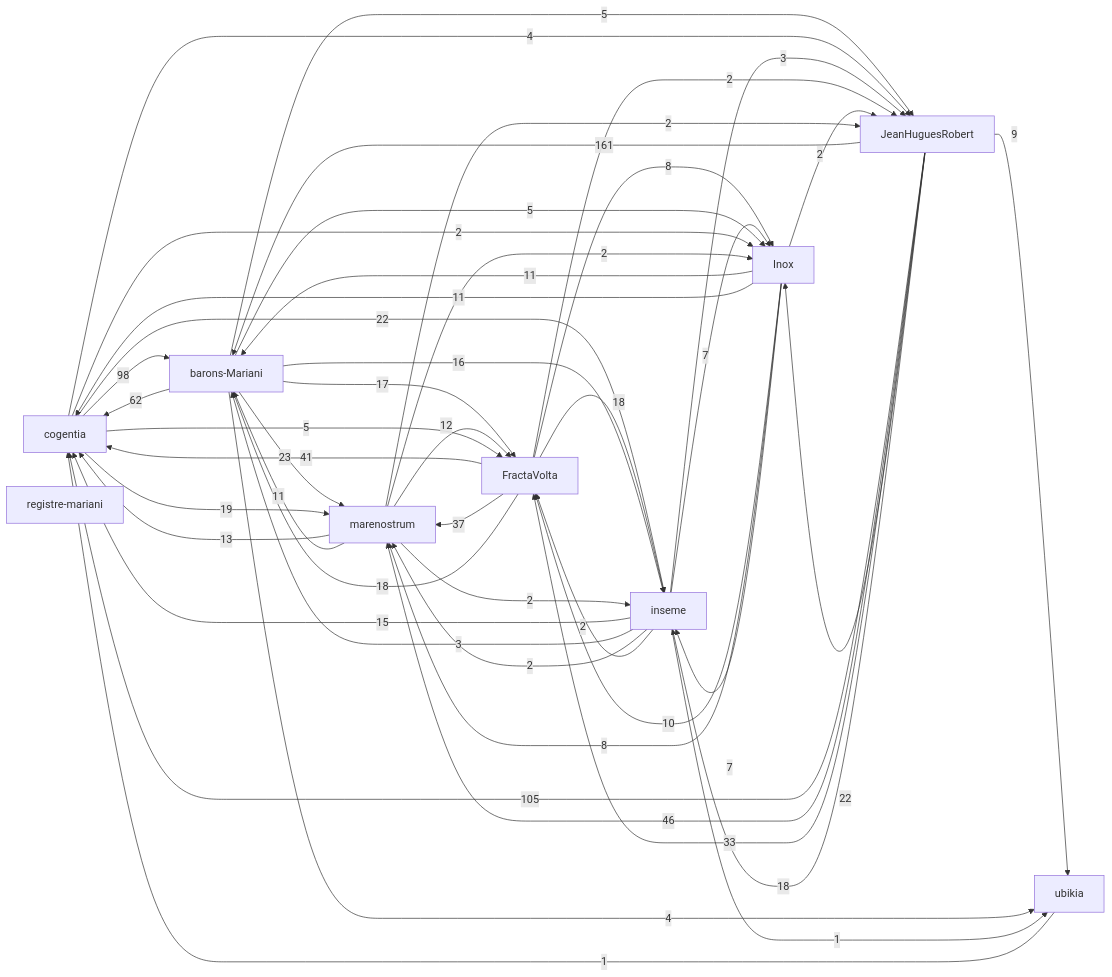
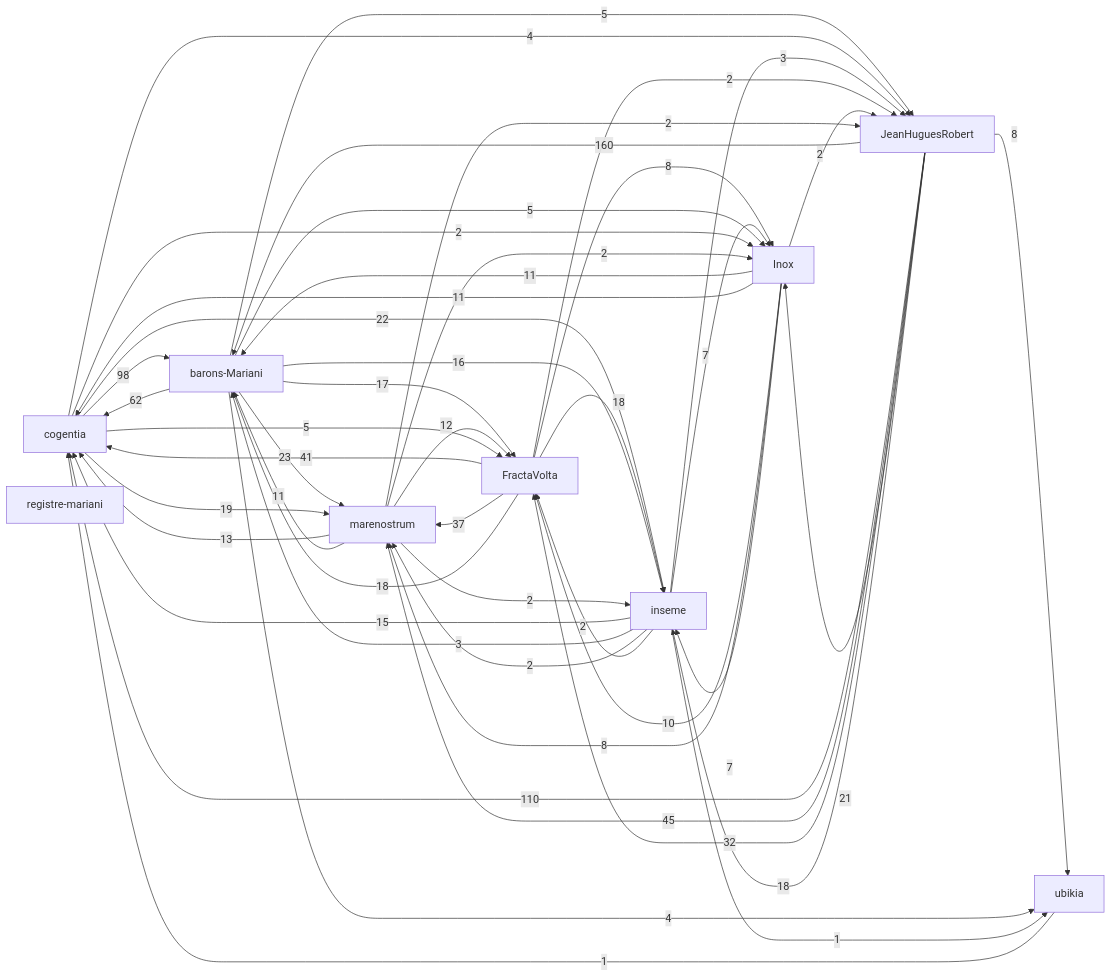
One commit to JeanHuguesRobert/FractaVolta changed the first of 2 diagrams in research/corpus-status.md. Above: the diagram before and after it, drawn with Mermaid.

Commit message:
Refresh generated corpus views

````diff
--- a/research/corpus-status.md
+++ b/research/corpus-status.md
@@ -45,58 +45,58 @@
 ```mermaid
 graph LR
   r_cogentia["cogentia"]
   r_fractavolta["FractaVolta"]
   r_marenostrum["marenostrum"]
   r_barons_mariani["barons-Mariani"]
   r_inseme["inseme"]
   r_inox["Inox"]
   r_registre_mariani["registre-mariani"]
   r_ubikia["ubikia"]
   r_jeanhuguesrobert["JeanHuguesRobert"]
-  r_jeanhuguesrobert -->|161| r_barons_mariani
-  r_jeanhuguesrobert -->|105| r_cogentia
+  r_jeanhuguesrobert -->|160| r_barons_mariani
+  r_jeanhuguesrobert -->|110| r_cogentia
   r_cogentia -->|98| r_barons_mariani
   r_barons_mariani -->|62| r_cogentia
-  r_jeanhuguesrobert -->|46| r_marenostrum
+  r_jeanhuguesrobert -->|45| r_marenostrum
   r_fractavolta -->|41| r_cogentia
   r_fractavolta -->|37| r_marenostrum
-  r_jeanhuguesrobert -->|33| r_fractavolta
+  r_jeanhuguesrobert -->|32| r_fractavolta
   r_barons_mariani -->|23| r_marenostrum
   r_cogentia -->|22| r_inseme
-  r_jeanhuguesrobert -->|22| r_inox
+  r_jeanhuguesrobert -->|21| r_inox
   r_cogentia -->|19| r_marenostrum
   r_fractavolta -->|18| r_inseme
   r_fractavolta -->|18| r_barons_mariani
   r_jeanhuguesrobert -->|18| r_inseme
   r_barons_mariani -->|17| r_fractavolta
   r_barons_mariani -->|16| r_inseme
   r_inseme -->|15| r_cogentia
   r_marenostrum -->|13| r_cogentia
   r_marenostrum -->|12| r_fractavolta
   r_inox -->|11| r_barons_mariani
   r_inox -->|11| r_cogentia
   r_marenostrum -->|11| r_barons_mariani
   r_inox -->|10| r_fractavolta
-  r_jeanhuguesrobert -->|9| r_ubikia
   r_fractavolta -->|8| r_inox
   r_inox -->|8| r_marenostrum
+  r_jeanhuguesrobert -->|8| r_ubikia
   r_inox -->|7| r_inseme
   r_inseme -->|7| r_inox
   r_barons_mariani -->|5| r_inox
   r_barons_mariani -->|5| r_jeanhuguesrobert
   r_cogentia -->|5| r_fractavolta
   r_barons_mariani -->|4| r_ubikia
   r_cogentia -->|4| r_jeanhuguesrobert
   r_inseme -->|3| r_barons_mariani
   r_inseme -->|3| r_jeanhuguesrobert
   r_cogentia -->|2| r_inox
   r_fractavolta -->|2| r_jeanhuguesrobert
   r_inox -->|2| r_jeanhuguesrobert
   r_inseme -->|2| r_marenostrum
   r_inseme -->|2| r_fractavolta
   r_marenostrum -->|2| r_jeanhuguesrobert
   r_marenostrum -->|2| r_inseme
   r_marenostrum -->|2| r_inox
   r_inseme -->|1| r_ubikia
   r_ubikia -->|1| r_cogentia
 ```
````
